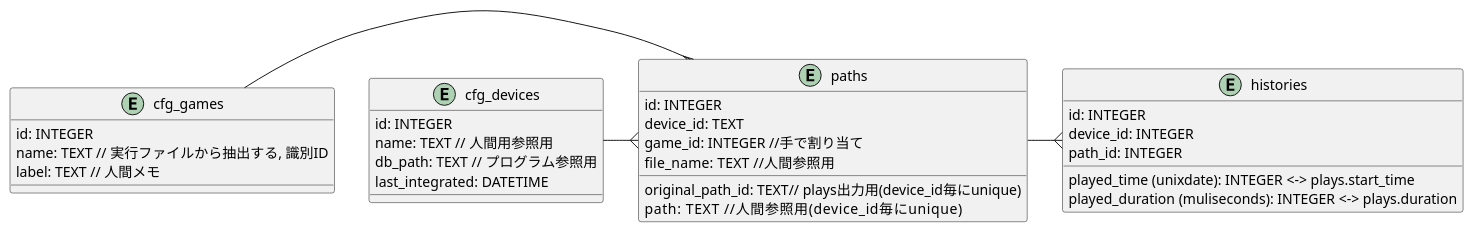
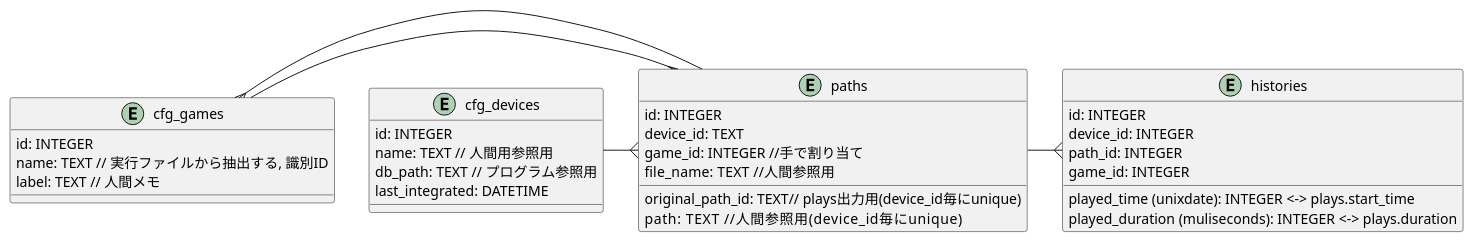
The diagram in documents/tables.puml (hagumeta/Python_PegasusSyncer), drawn with PlantUML before and after one commit. The commit also changed 5 other files, not shown here.

```diff
--- a/documents/tables.puml
+++ b/documents/tables.puml
@@ -1,36 +1,38 @@
 
 entity cfg_games {
 id: INTEGER
 name: TEXT // 実行ファイルから抽出する, 識別ID
 label: TEXT // 人間メモ
 }
 
 entity cfg_devices {
 id: INTEGER
 name: TEXT // 人間用参照用
 db_path: TEXT // プログラム参照用
 last_integrated: DATETIME
 }
 
 entity paths {
   id: INTEGER
   device_id: TEXT
   game_id: INTEGER //手で割り当て
   original_path_id: TEXT// plays出力用(device_id毎にunique)
   path: TEXT       //人間参照用(device_id毎にunique)
   file_name: TEXT  //人間参照用
 }
 
 
 entity histories {
 id: INTEGER
 device_id: INTEGER
 path_id: INTEGER
+game_id: INTEGER
 played_time (unixdate): INTEGER <-> plays.start_time
 played_duration (muliseconds): INTEGER <-> plays.duration
 }
 
 cfg_games -{ paths
 cfg_devices -{ paths 
 
 paths -{ histories
+paths -{ cfg_games
```
